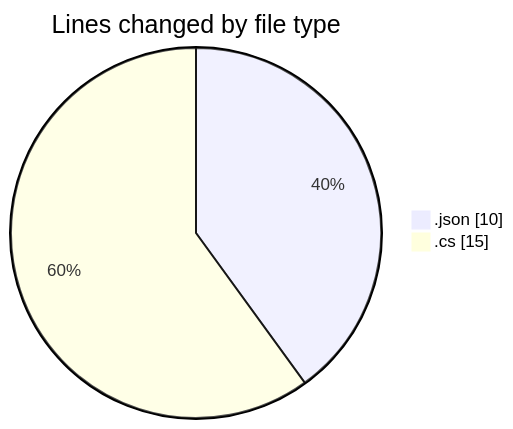
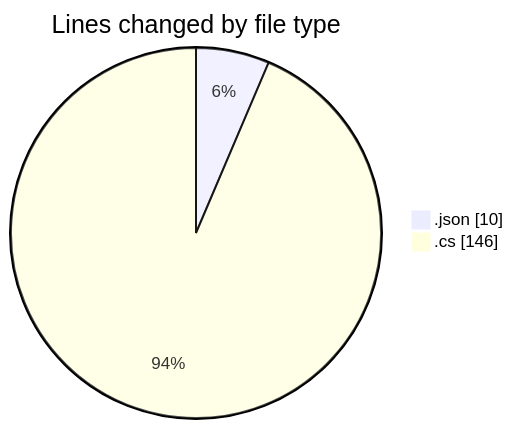
One commit to Netris89/code-tracking changed the first of 2 diagrams in 2025-04-05/schoolmanagement/README.md. Above: the diagram before and after it, drawn with Mermaid. The commit also changed other lines of this file and 1 other file, not shown here.

````diff
--- a/2025-04-05/schoolmanagement/README.md
+++ b/2025-04-05/schoolmanagement/README.md
@@ -21,6 +26,6 @@
 ```mermaid
 pie showData
 title Lines changed by file type
 ".json" : 10
-".cs" : 15
+".cs" : 146
 ```
````
